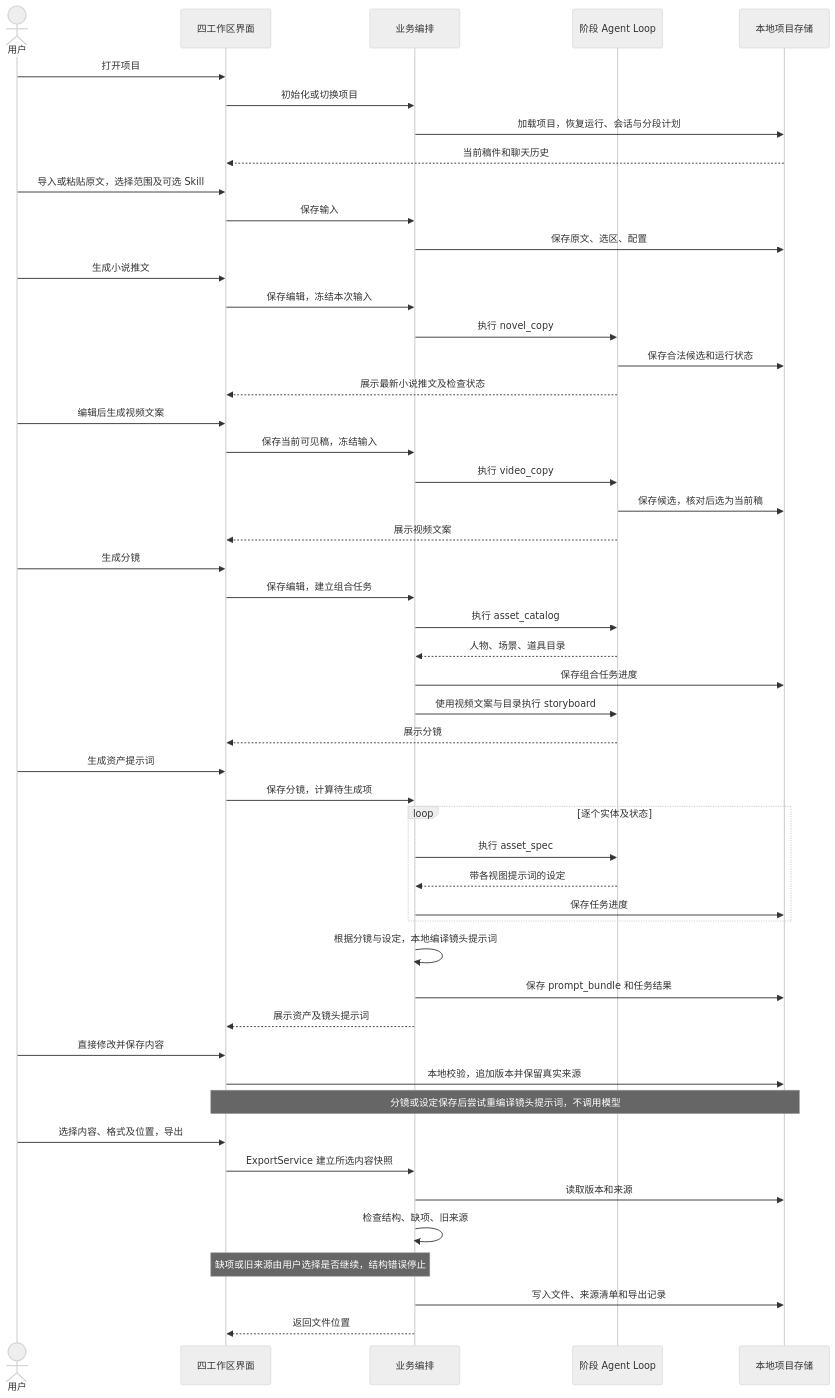
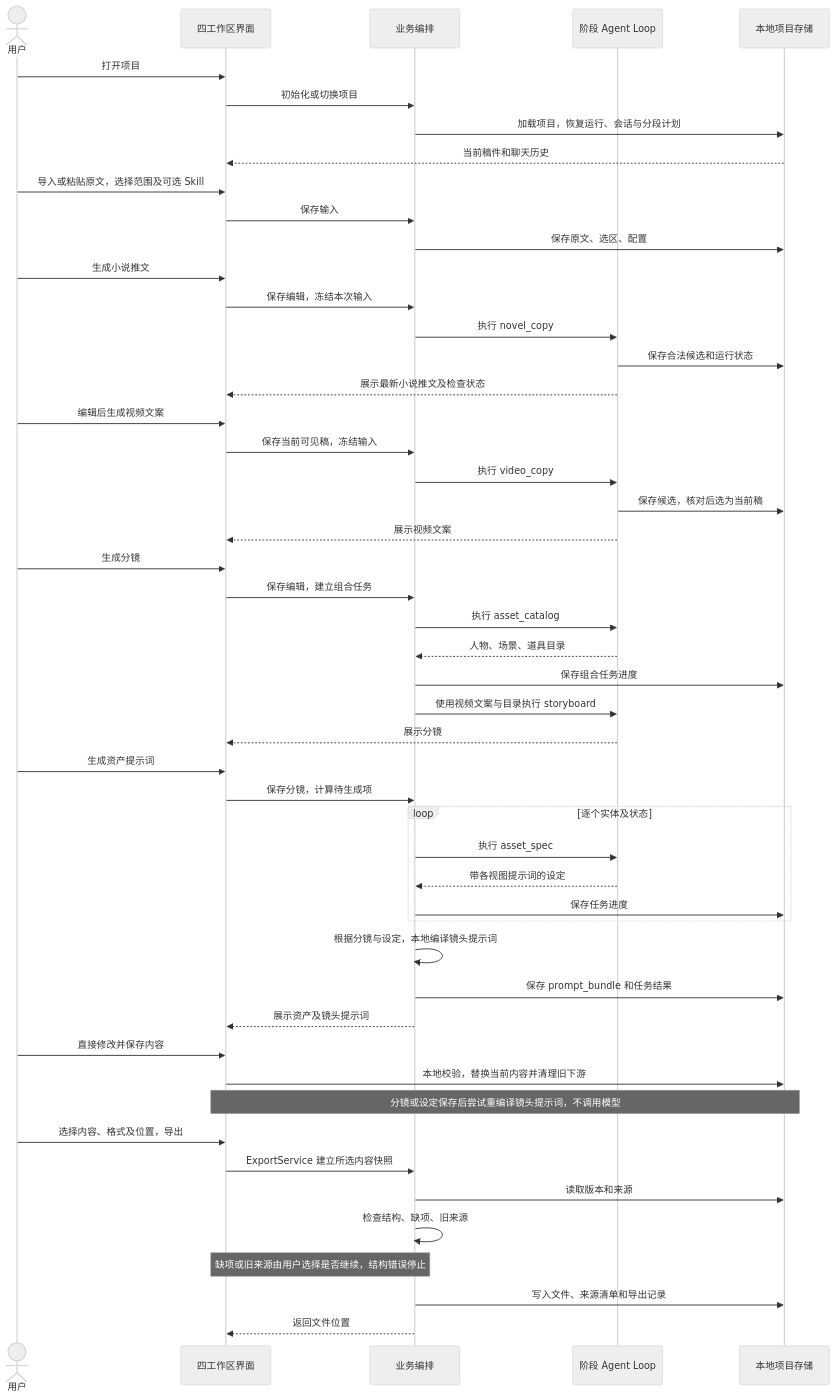
One commit to thisHobart/NovelWriter changed the third of 5 diagrams in docs/short_video/architecture.md. Above: the diagram before and after it, drawn with Mermaid (neutral theme). The commit also changed other lines of this file and 17 other files, not shown here.

````diff
--- a/docs/short_video/architecture.md
+++ b/docs/short_video/architecture.md
@@ -151,52 +151,52 @@
 ```mermaid
 sequenceDiagram
     actor U as 用户
     participant UI as 四工作区界面
     participant B as 业务编排
     participant A as 阶段 Agent Loop
     participant S as 本地项目存储
     U->>UI: 打开项目
     UI->>B: 初始化或切换项目
     B->>S: 加载项目，恢复运行、会话与分段计划
     S-->>UI: 当前稿件和聊天历史
     U->>UI: 导入或粘贴原文，选择范围及可选 Skill
     UI->>B: 保存输入
     B->>S: 保存原文、选区、配置
     U->>UI: 生成小说推文
     UI->>B: 保存编辑，冻结本次输入
     B->>A: 执行 novel_copy
     A->>S: 保存合法候选和运行状态
     A-->>UI: 展示最新小说推文及检查状态
     U->>UI: 编辑后生成视频文案
     UI->>B: 保存当前可见稿，冻结输入
     B->>A: 执行 video_copy
     A->>S: 保存候选，核对后选为当前稿
     A-->>UI: 展示视频文案
     U->>UI: 生成分镜
     UI->>B: 保存编辑，建立组合任务
     B->>A: 执行 asset_catalog
     A-->>B: 人物、场景、道具目录
     B->>S: 保存组合任务进度
     B->>A: 使用视频文案与目录执行 storyboard
     A-->>UI: 展示分镜
     U->>UI: 生成资产提示词
     UI->>B: 保存分镜，计算待生成项
     loop 逐个实体及状态
         B->>A: 执行 asset_spec
         A-->>B: 带各视图提示词的设定
         B->>S: 保存任务进度
     end
     B->>B: 根据分镜与设定，本地编译镜头提示词
     B->>S: 保存 prompt_bundle 和任务结果
     B-->>UI: 展示资产及镜头提示词
     U->>UI: 直接修改并保存内容
-    UI->>S: 本地校验，追加版本并保留真实来源
+    UI->>S: 本地校验，替换当前内容并清理旧下游
     Note over UI,S: 分镜或设定保存后尝试重编译镜头提示词，不调用模型
     U->>UI: 选择内容、格式及位置，导出
     UI->>B: ExportService 建立所选内容快照
     B->>S: 读取版本和来源
     B->>B: 检查结构、缺项、旧来源
     Note over UI,B: 缺项或旧来源由用户选择是否继续，结构错误停止
     B->>S: 写入文件、来源清单和导出记录
     B-->>UI: 返回文件位置
 ```
````
